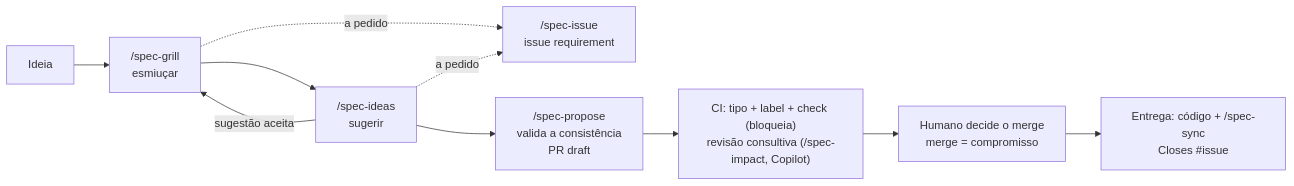
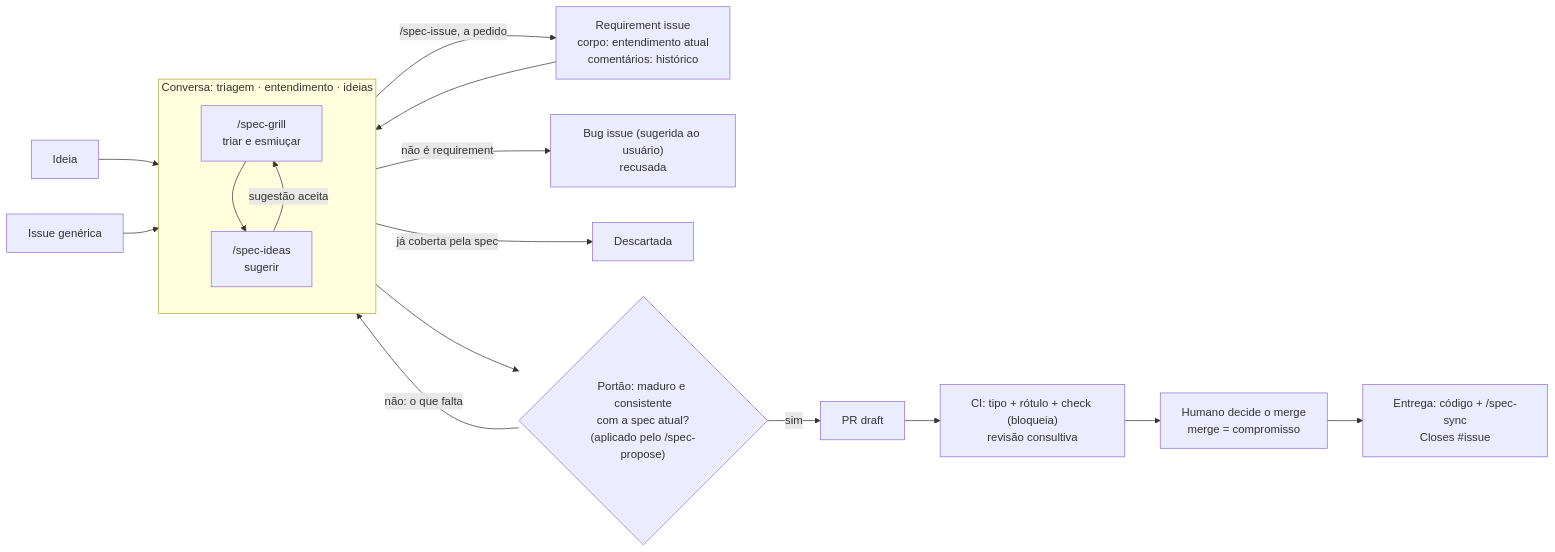
One commit to useful-toys/Tabularium changed the third of 4 diagrams in tabularium-docs/spec-flow.md. Above: the diagram before and after it, drawn with Mermaid. The commit also changed other lines of this file and 34 other files, not shown here.

First line of the commit message:
Definição do tabularium: triagem, bug e plan recusadas, documento fundamental obrigatório (#21)

````diff
--- a/tabularium-docs/spec-flow.md
+++ b/tabularium-docs/spec-flow.md
@@ -208,12 +212,17 @@
 ```mermaid
 flowchart LR
-  I[Ideia] --> G["/spec-grill<br/>esmiuçar"]
-  G --> D["/spec-ideas<br/>sugerir"]
-  D -- sugestão aceita --> G
-  G -. a pedido .-> S["/spec-issue<br/>issue requirement"]
-  D -. a pedido .-> S
-  D --> P["/spec-propose<br/>valida a consistência<br/>PR draft"]
-  P --> R["CI: tipo + label + check (bloqueia)<br/>revisão consultiva (/spec-impact, Copilot)"]
-  R --> A["Humano decide o merge<br/>merge = compromisso"]
-  A --> E["Entrega: código + /spec-sync<br/>Closes #issue"]
+  ID["Ideia"] --> C
+  IS["Issue genérica"] --> C
+  RI["Requirement issue<br/>corpo: entendimento atual<br/>comentários: histórico"] --> C
+  subgraph C["Conversa: triagem · entendimento · ideias"]
+    G1["/spec-grill<br/>triar e esmiuçar"] --> D["/spec-ideas<br/>sugerir"]
+    D -- sugestão aceita --> G1
+  end
+  C -- "/spec-issue, a pedido" --> RI
+  C -- "não é requirement" --> B["Bug issue (sugerida ao usuário)<br/>recusada"]
+  C -- "já coberta pela spec" --> X["Descartada"]
+  C --> G{"Portão: maduro e consistente<br/>com a spec atual?<br/>(aplicado pelo /spec-propose)"}
+  G -- "não: o que falta" --> C
+  G -- sim --> P["PR draft"]
+  P --> R["CI: tipo + rótulo + check (bloqueia)<br/>revisão consultiva"] --> A["Humano decide o merge<br/>merge = compromisso"] --> E["Entrega: código + /spec-sync<br/>Closes #issue"]
 ```
````
